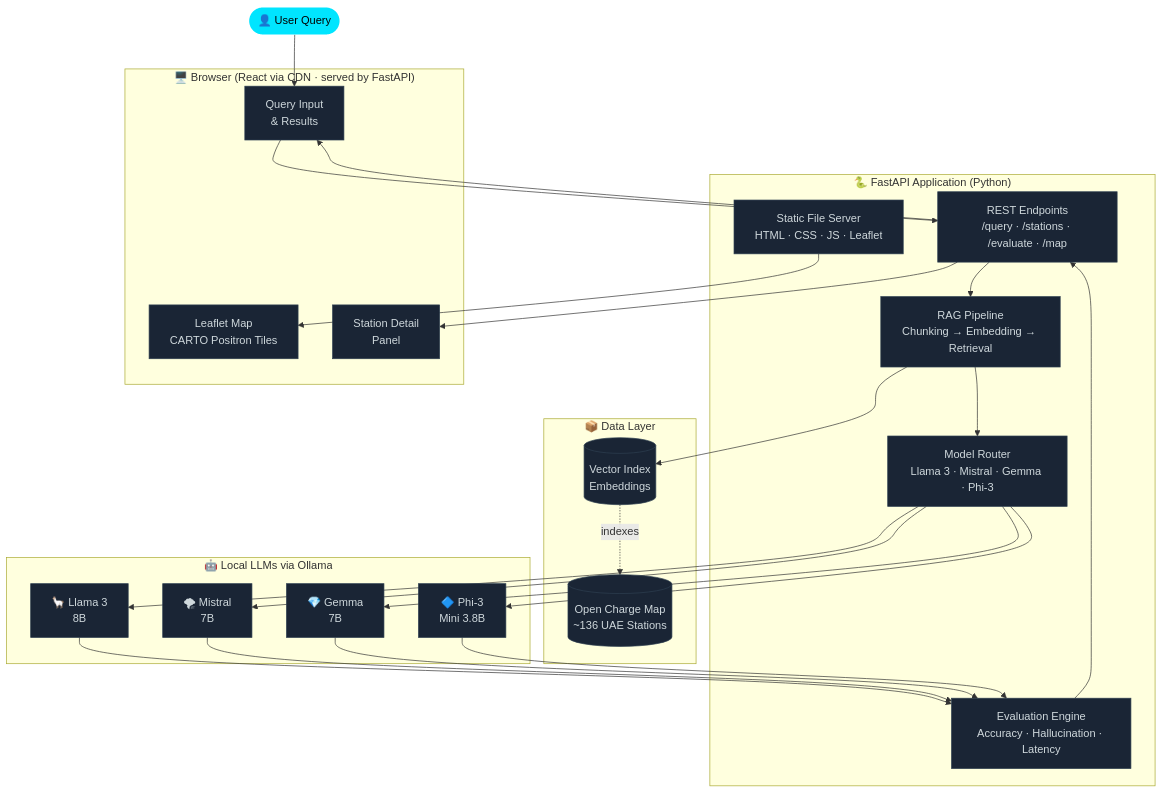
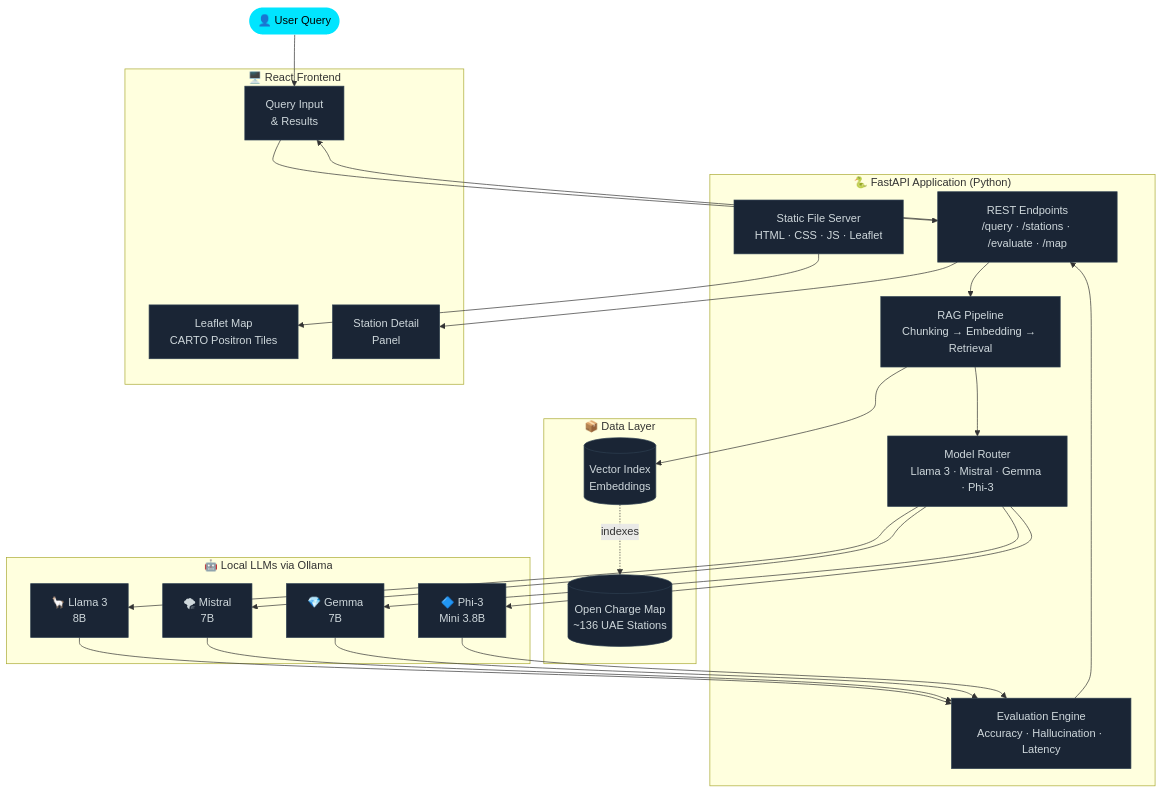
The diagram in README.md (Abaan-Ahmed/uae-ev-llm), drawn with Mermaid before and after one commit. The commit also changed other lines of this file, not shown here.

````diff
--- a/README.md
+++ b/README.md
@@ -102,45 +102,45 @@
 ```mermaid
 flowchart TD
     User(["👤 User Query"]):::user
 
     subgraph App ["🐍  FastAPI Application (Python)"]
         API["REST Endpoints\n/query · /stations · /evaluate · /map"]
         RAG["RAG Pipeline\nChunking → Embedding → Retrieval"]
         Router["Model Router\nLlama 3 · Mistral · Gemma · Phi-3"]
         Eval["Evaluation Engine\nAccuracy · Hallucination · Latency"]
         Static["Static File Server\nHTML · CSS · JS · Leaflet"]
     end
 
     subgraph DataLayer ["📦  Data Layer"]
         OCM[("Open Charge Map\n~136 UAE Stations")]
         VecStore[("Vector Index\nEmbeddings")]
     end
 
     subgraph LLMs ["🤖  Local LLMs via Ollama"]
         Llama["🦙 Llama 3\n8B"]
         Mistral["🌪 Mistral\n7B"]
         Gemma["💎 Gemma\n7B"]
         Phi3["🔷 Phi-3\nMini 3.8B"]
     end
 
-    subgraph UI ["🖥️  Browser (React via CDN · served by FastAPI)"]
+    subgraph UI ["🖥️  React Frontend"]
         Map["Leaflet Map\nCARTO Positron Tiles"]
         Panel["Station Detail\nPanel"]
         QueryBox["Query Input\n& Results"]
     end
 
     User --> QueryBox
     QueryBox --> API
     API --> RAG
     RAG --> VecStore
     VecStore -.->|"indexes"| OCM
     RAG --> Router
     Router --> Llama & Mistral & Gemma & Phi3
     Llama & Mistral & Gemma & Phi3 --> Eval
     Eval --> API
     API --> QueryBox & Panel
     Static --> Map
 
     classDef user fill:#00e5ff,color:#000,stroke:none
     classDef default fill:#1a2535,color:#cfd8dc,stroke:#2e3f50,stroke-width:1px
 ```
````
